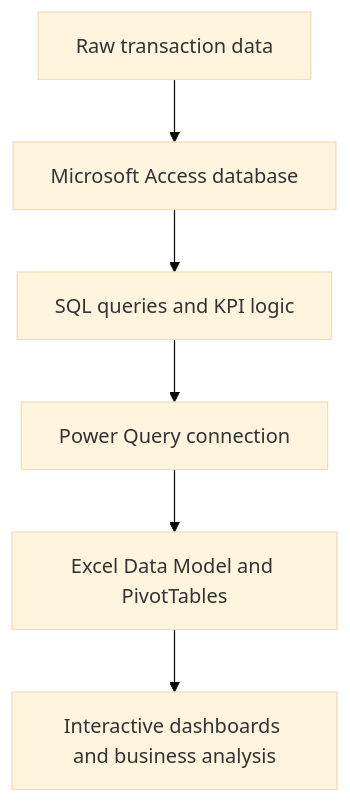
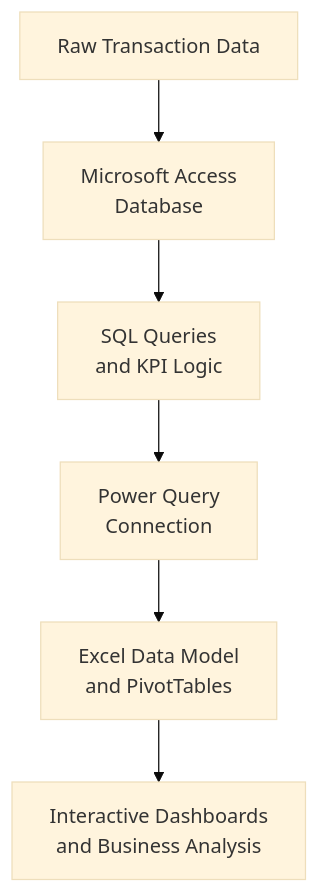
Before and after one commit to DiegoP-FinaceAnalytics/Sales-Performance-Financial-Analysis: the diagram in README.md, drawn with Mermaid (base theme). The commit also changed other lines of this file, not shown here.

Commit message:
Improve flowchart readability in README
Updated the analytical architecture flowchart to include line breaks in the labels for better readability.

````diff
--- a/README.md
+++ b/README.md
@@ -90,8 +89,8 @@
 ```mermaid
 flowchart TD
-    A["Raw transaction data"] --> B["Microsoft Access database"]
-    B --> C["SQL queries and KPI logic"]
-    C --> D["Power Query connection"]
-    D --> E["Excel Data Model and PivotTables"]
-    E --> F["Interactive dashboards and business analysis"]
+    A["Raw Transaction Data"] --> B["Microsoft Access<br/>Database"]
+    B --> C["SQL Queries<br/>and KPI Logic"]
+    C --> D["Power Query<br/>Connection"]
+    D --> E["Excel Data Model<br/>and PivotTables"]
+    E --> F["Interactive Dashboards<br/>and Business Analysis"]
 ```
````
